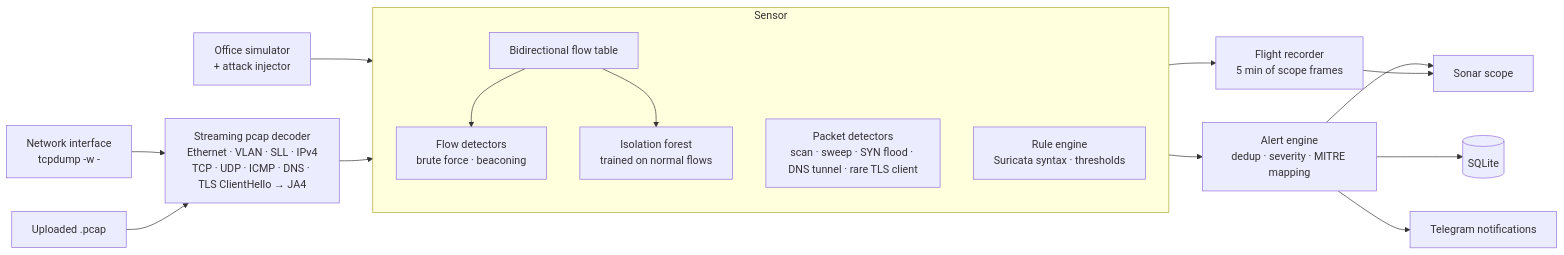
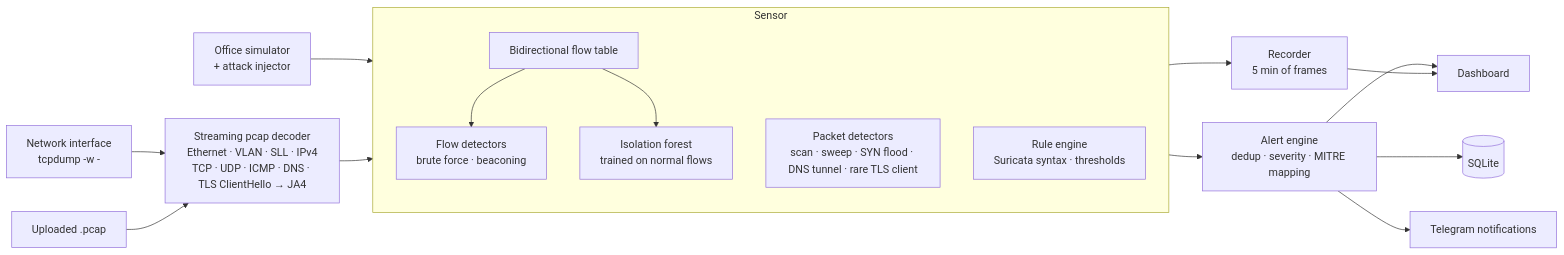
Before and after one commit to Vishwanathanirv/Real-time-Intrusion-Detection-System-main: the diagram in README.md, drawn with Mermaid. The commit also changed other lines of this file and 40 other files, not shown here.

First line of the commit message:
Replace the sonar scope with a plain monitoring console; drop the briefing and How it works; add CLAUDE.md and SPEC.md

````diff
--- a/README.md
+++ b/README.md
@@ -52,22 +41,22 @@
 ```mermaid
 flowchart LR
   NIC[Network interface<br/>tcpdump -w -] --> P
   UP[Uploaded .pcap] --> P
   SIM[Office simulator<br/>+ attack injector] --> S
   P[Streaming pcap decoder<br/>Ethernet · VLAN · SLL · IPv4<br/>TCP · UDP · ICMP · DNS · TLS ClientHello → JA4] --> S
   subgraph S[Sensor]
     FT[Bidirectional flow table]
     PD[Packet detectors<br/>scan · sweep · SYN flood · DNS tunnel · rare TLS client]
     RL[Rule engine<br/>Suricata syntax · thresholds]
     FD[Flow detectors<br/>brute force · beaconing]
     IF[Isolation forest<br/>trained on normal flows]
     FT --> FD
     FT --> IF
   end
   S --> AL[Alert engine<br/>dedup · severity · MITRE mapping]
-  S --> FR[Flight recorder<br/>5 min of scope frames]
-  AL --> UI[Sonar scope]
+  S --> FR[Recorder<br/>5 min of frames]
+  AL --> UI[Dashboard]
   FR --> UI
   AL --> DB[(SQLite)]
   AL --> TG[Telegram notifications]
 ```
````
